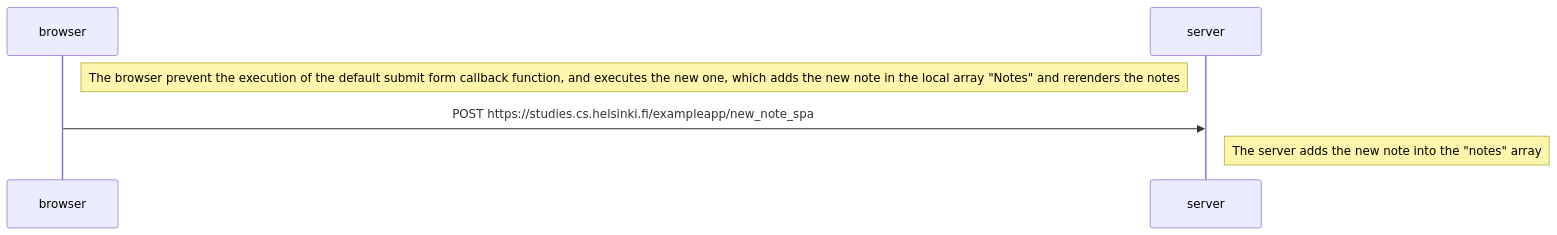
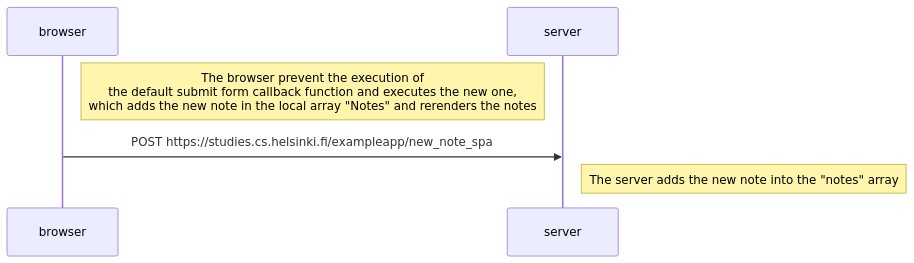
One commit to jeanmadao/fullstackopen changed the diagram in part0/0.6-new-note-in-single-page-app-diagram.mermaid. Above: the diagram before and after it, drawn with Mermaid.

Commit message:
0.6-new-note-in-single-page-app-diagram.mermaid reformatted

```diff
--- a/part0/0.6-new-note-in-single-page-app-diagram.mermaid
+++ b/part0/0.6-new-note-in-single-page-app-diagram.mermaid
@@ -1,8 +1,8 @@
 sequenceDiagram
     participant browser
     participant server
 
-    Note right of browser: The browser prevent the execution of the default submit form callback function, and executes the new one, which adds the new note in the local array "Notes" and rerenders the notes
+    Note right of browser: The browser prevent the execution of<br>the default submit form callback function and executes the new one,<br>which adds the new note in the local array "Notes" and rerenders the notes
     browser->>server: POST https://studies.cs.helsinki.fi/exampleapp/new_note_spa
     activate server
     Note right of server: The server adds the new note into the "notes" array
```
